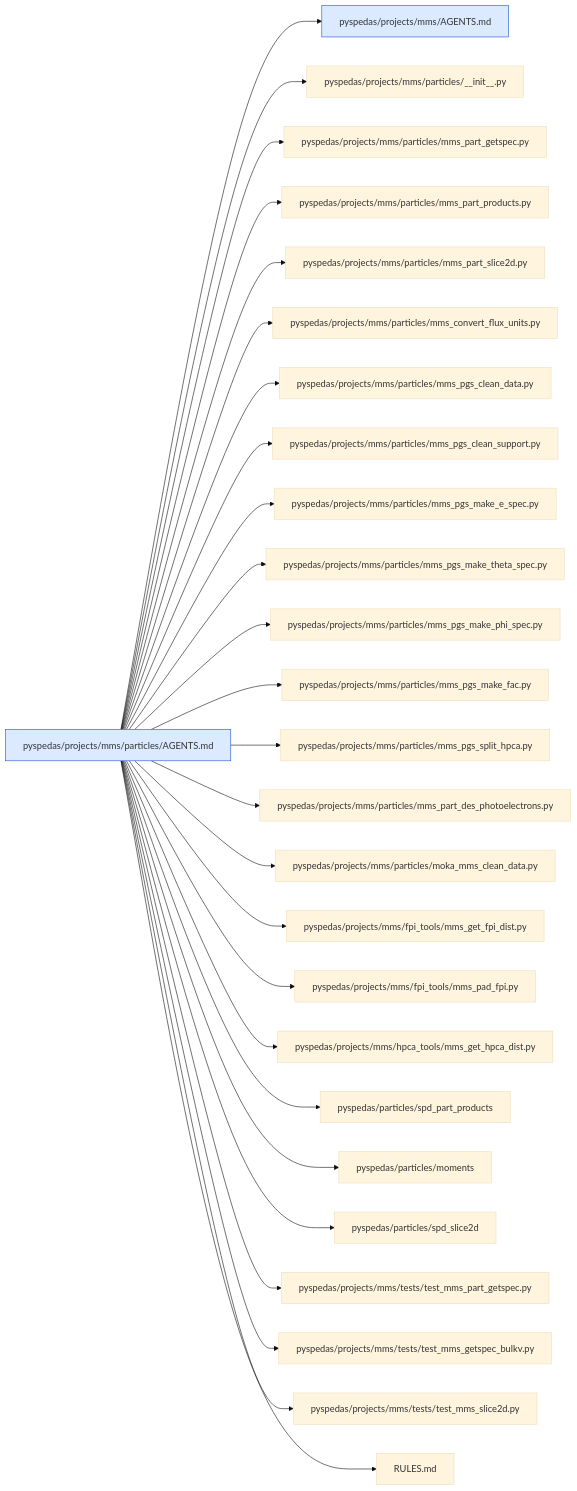
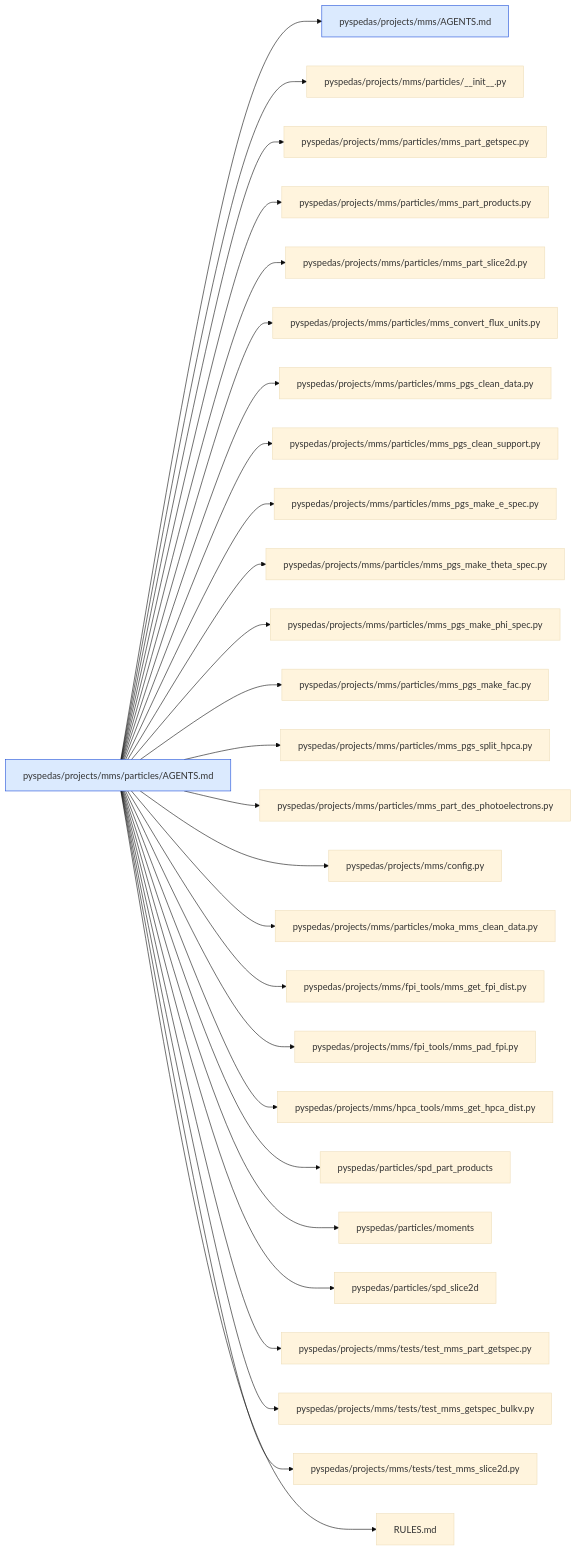
Diagram 27 of 44 in .agents/map/MAP.md (spedas/pyspedas), drawn with Mermaid (base theme) before and after one commit. The commit also changed other lines of this file and 34 other files, not shown here.

Commit message:
Refactor MMS URL configuration and download managment.  URLs for the MMS SDC and an alternate archive data source can now be configured, with the 'data_access' parameter selecting between 'sdc' and 'archive' URLs and access methods.  The legacy spdf load routine flag is still supported.

````diff
--- a/.agents/map/MAP.md
+++ b/.agents/map/MAP.md
@@ -1085,31 +1094,32 @@
 ```mermaid
 graph LR
   classDef agents fill:#dbeafe,stroke:#1d4ed8
   classDef missing fill:#fee2e2,stroke:#b91c1c,stroke-dasharray:4
   self["pyspedas/projects/mms/particles/AGENTS.md"]:::agents
   self --> r0["pyspedas/projects/mms/AGENTS.md"]:::agents
   self --> r1["pyspedas/projects/mms/particles/__init__.py"]
   self --> r2["pyspedas/projects/mms/particles/mms_part_getspec.py"]
   self --> r3["pyspedas/projects/mms/particles/mms_part_products.py"]
   self --> r4["pyspedas/projects/mms/particles/mms_part_slice2d.py"]
   self --> r5["pyspedas/projects/mms/particles/mms_convert_flux_units.py"]
   self --> r6["pyspedas/projects/mms/particles/mms_pgs_clean_data.py"]
   self --> r7["pyspedas/projects/mms/particles/mms_pgs_clean_support.py"]
   self --> r8["pyspedas/projects/mms/particles/mms_pgs_make_e_spec.py"]
   self --> r9["pyspedas/projects/mms/particles/mms_pgs_make_theta_spec.py"]
   self --> r10["pyspedas/projects/mms/particles/mms_pgs_make_phi_spec.py"]
   self --> r11["pyspedas/projects/mms/particles/mms_pgs_make_fac.py"]
   self --> r12["pyspedas/projects/mms/particles/mms_pgs_split_hpca.py"]
   self --> r13["pyspedas/projects/mms/particles/mms_part_des_photoelectrons.py"]
-  self --> r14["pyspedas/projects/mms/particles/moka_mms_clean_data.py"]
-  self --> r15["pyspedas/projects/mms/fpi_tools/mms_get_fpi_dist.py"]
-  self --> r16["pyspedas/projects/mms/fpi_tools/mms_pad_fpi.py"]
-  self --> r17["pyspedas/projects/mms/hpca_tools/mms_get_hpca_dist.py"]
-  self --> r18["pyspedas/particles/spd_part_products"]
-  self --> r19["pyspedas/particles/moments"]
-  self --> r20["pyspedas/particles/spd_slice2d"]
-  self --> r21["pyspedas/projects/mms/tests/test_mms_part_getspec.py"]
-  self --> r22["pyspedas/projects/mms/tests/test_mms_getspec_bulkv.py"]
-  self --> r23["pyspedas/projects/mms/tests/test_mms_slice2d.py"]
-  self --> r24["RULES.md"]
+  self --> r14["pyspedas/projects/mms/config.py"]
+  self --> r15["pyspedas/projects/mms/particles/moka_mms_clean_data.py"]
+  self --> r16["pyspedas/projects/mms/fpi_tools/mms_get_fpi_dist.py"]
+  self --> r17["pyspedas/projects/mms/fpi_tools/mms_pad_fpi.py"]
+  self --> r18["pyspedas/projects/mms/hpca_tools/mms_get_hpca_dist.py"]
+  self --> r19["pyspedas/particles/spd_part_products"]
+  self --> r20["pyspedas/particles/moments"]
+  self --> r21["pyspedas/particles/spd_slice2d"]
+  self --> r22["pyspedas/projects/mms/tests/test_mms_part_getspec.py"]
+  self --> r23["pyspedas/projects/mms/tests/test_mms_getspec_bulkv.py"]
+  self --> r24["pyspedas/projects/mms/tests/test_mms_slice2d.py"]
+  self --> r25["RULES.md"]
 ```
````
